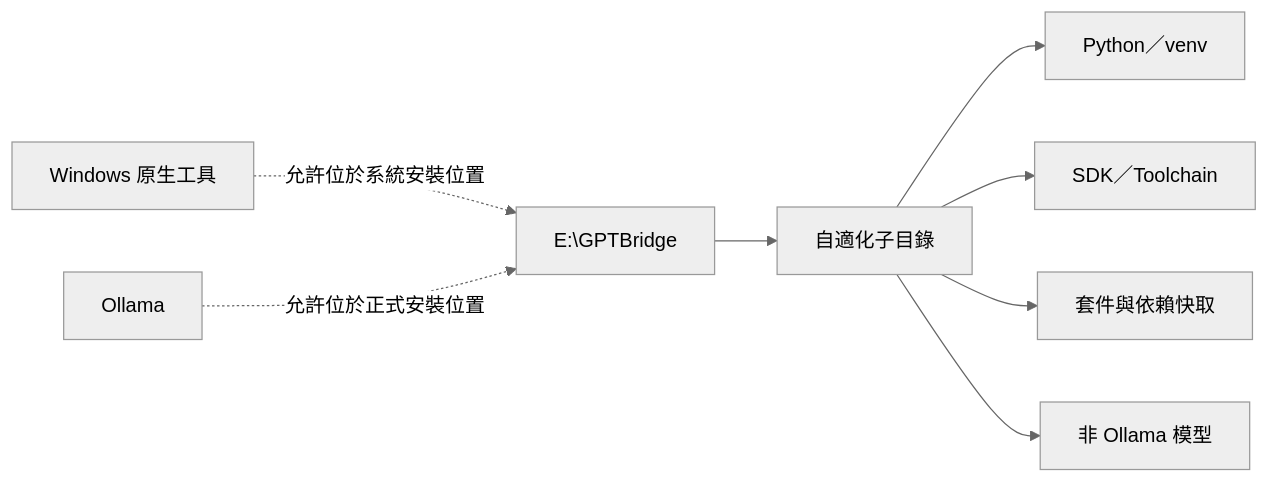
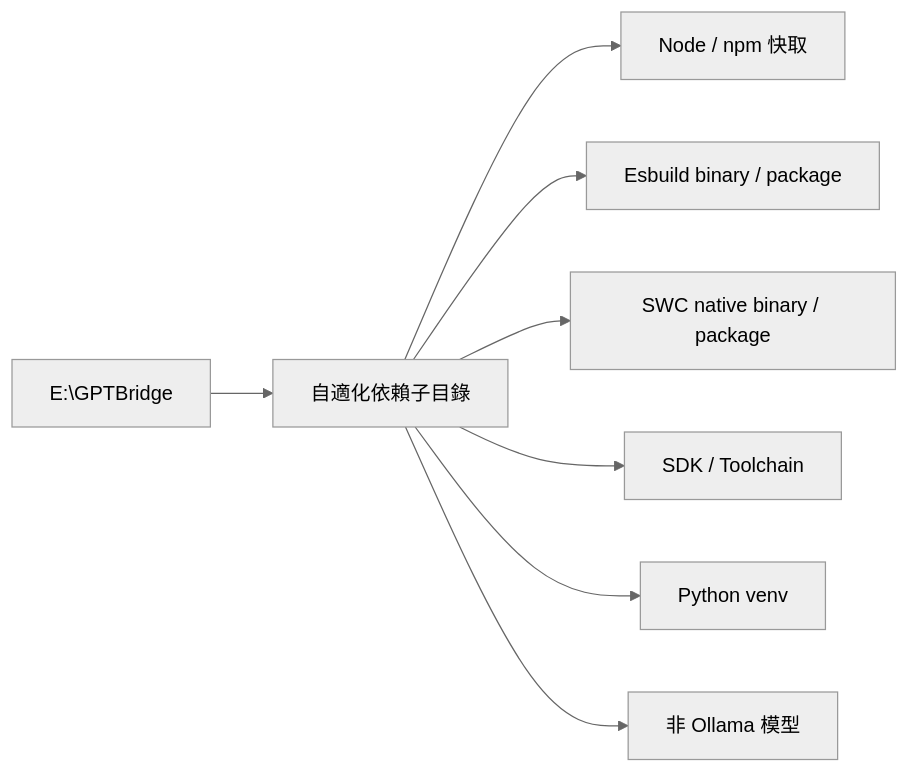
One commit to guilty442-source/GPTBridge changed the fourth of 4 diagrams in governance_rule/codex/architecture-languages.md. Above: the diagram before and after it, drawn with Mermaid (neutral theme). The commit also changed other lines of this file, not shown here.

Commit message:
docs(codex): converge Python scope to A35 three domains + responsibility-transfer table [worker:devin]

````diff
--- a/governance_rule/codex/architecture-languages.md
+++ b/governance_rule/codex/architecture-languages.md
@@ -78,11 +180,11 @@
 ```mermaid
 flowchart LR
   ROOT[E:\GPTBridge]
-  ROOT --> ADAPT[自適化子目錄]
-  ADAPT --> PYENV[Python／venv]
-  ADAPT --> SDK[SDK／Toolchain]
-  ADAPT --> DEP[套件與依賴快取]
-  ADAPT --> MODEL[非 Ollama 模型]
-  WIN[Windows 原生工具] -. 允許位於系統安裝位置 .-> ROOT
-  OLLAMA[Ollama] -. 允許位於正式安裝位置 .-> ROOT
+  ROOT --> ADAPT[自適化依賴子目錄]
+  ADAPT --> NPM[Node / npm 快取]
+  ADAPT --> ESBUILD[Esbuild binary / package]
+  ADAPT --> SWCBIN[SWC native binary / package]
+  ADAPT --> SDK[SDK / Toolchain]
+  ADAPT --> PYENV[Python venv]
+  ADAPT --> MODELS[非 Ollama 模型]
 ```
````
